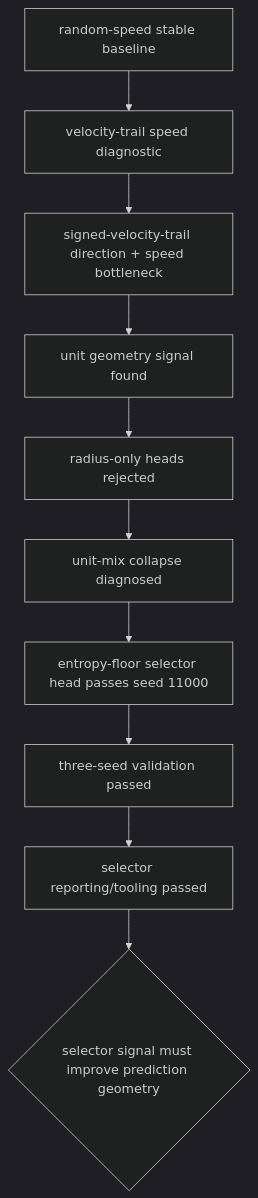
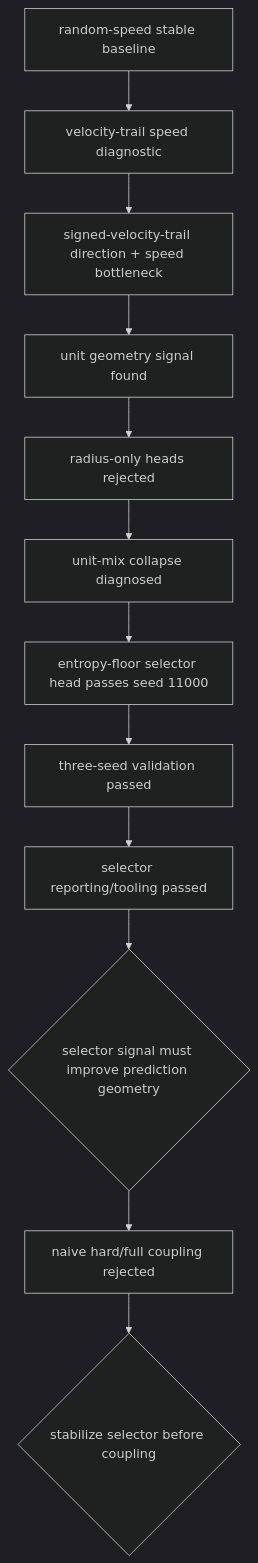
The second of 2 diagrams in README.md (ChrisRPL/jepra), drawn with Mermaid (dark theme) before and after one commit. The commit also changed other lines of this file and 3 other files, not shown here.

Commit message:
feat: add selector output coupling

````diff
--- a/README.md
+++ b/README.md
@@ -80,12 +81,14 @@
 ```mermaid
 flowchart TD
   A[random-speed stable baseline] --> B[velocity-trail speed diagnostic]
   B --> C[signed-velocity-trail direction + speed bottleneck]
   C --> D[unit geometry signal found]
   D --> E[radius-only heads rejected]
   E --> F[unit-mix collapse diagnosed]
   F --> G[entropy-floor selector head passes seed 11000]
   G --> H[three-seed validation passed]
   H --> I[selector reporting/tooling passed]
   I --> J{selector signal must improve prediction geometry}
+  J --> K[naive hard/full coupling rejected]
+  K --> L{stabilize selector before coupling}
 ```
````
